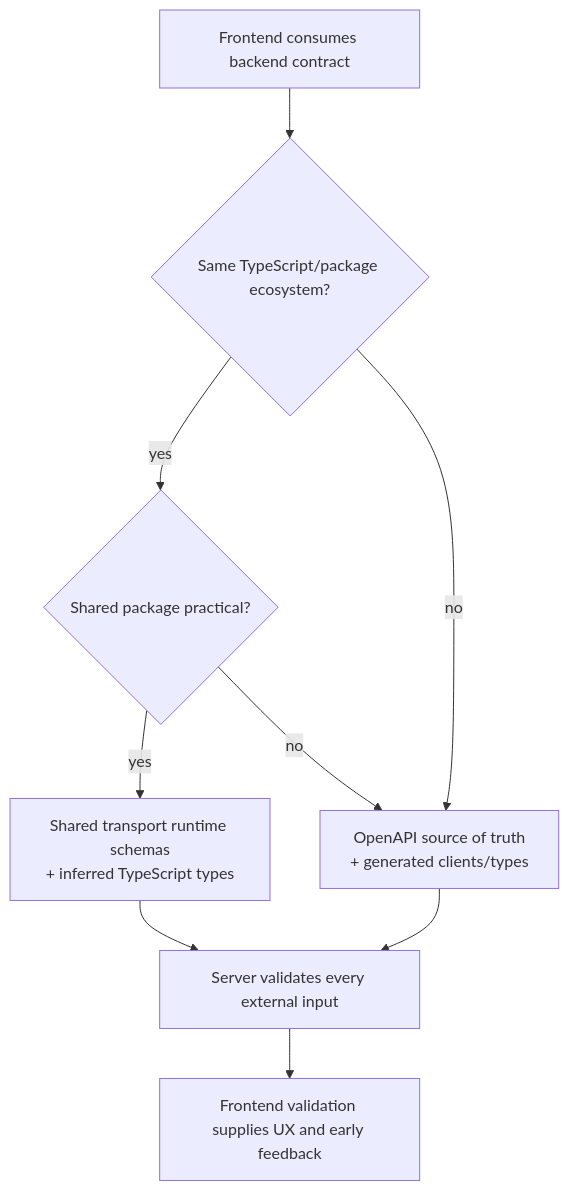
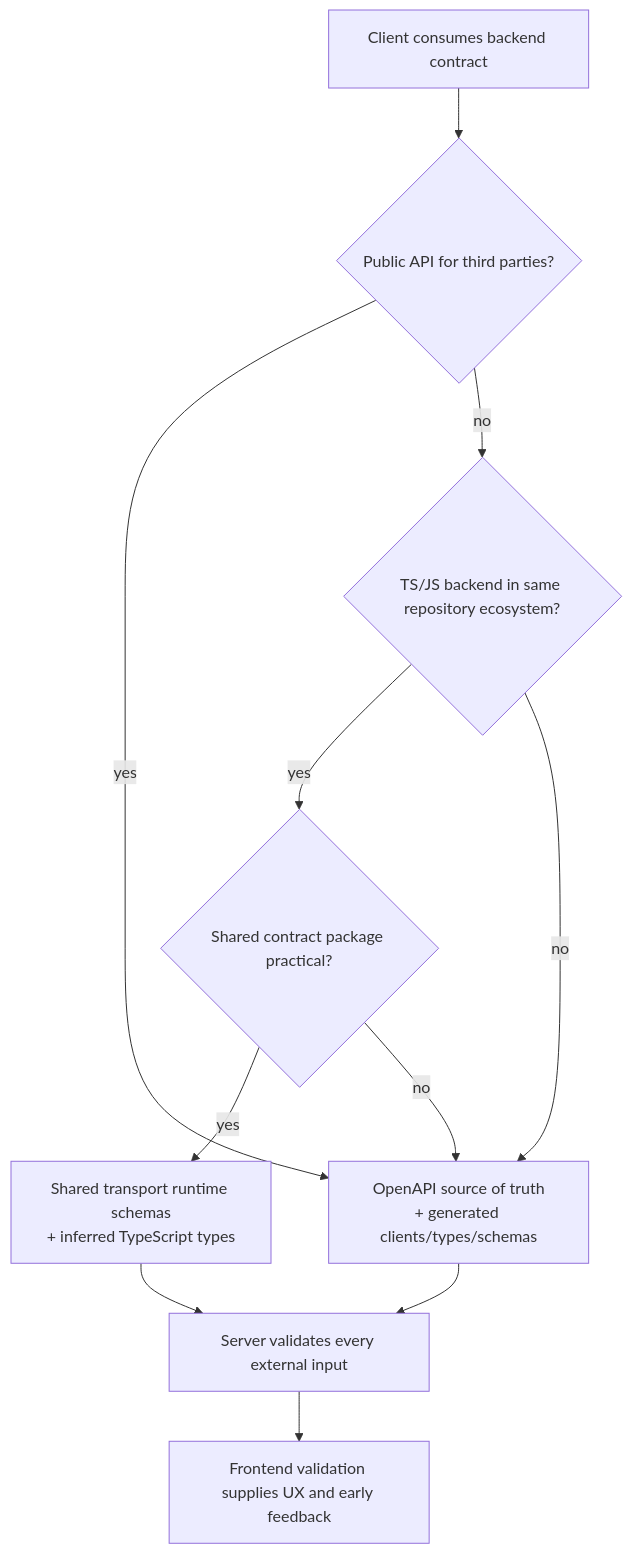
One commit to quick-brown-foxxx/myai changed the second of 3 diagrams in docs/typescript-javascript-skillset-roadmap.md. Above: the diagram before and after it, drawn with Mermaid. The commit also changed other lines of this file, not shown here.

Commit message:
upd ts/js roadmap

````diff
--- a/docs/typescript-javascript-skillset-roadmap.md
+++ b/docs/typescript-javascript-skillset-roadmap.md
@@ -84,11 +84,13 @@
 ```mermaid
 flowchart TD
-  A[Frontend consumes backend contract] --> B{Same TypeScript/package ecosystem?}
-  B -- yes --> C{Shared package practical?}
+  A[Client consumes backend contract] --> P{Public API for third parties?}
+  P -- yes --> E[OpenAPI source of truth<br/>+ generated clients/types/schemas]
+  P -- no --> B{TS/JS backend in same repository ecosystem?}
+  B -- yes --> C{Shared contract package practical?}
   C -- yes --> D[Shared transport runtime schemas<br/>+ inferred TypeScript types]
-  C -- no --> E[OpenAPI source of truth<br/>+ generated clients/types]
+  C -- no --> E
   B -- no --> E
   D --> F[Server validates every external input]
   E --> F
   F --> G[Frontend validation supplies UX and early feedback]
 ```
````
